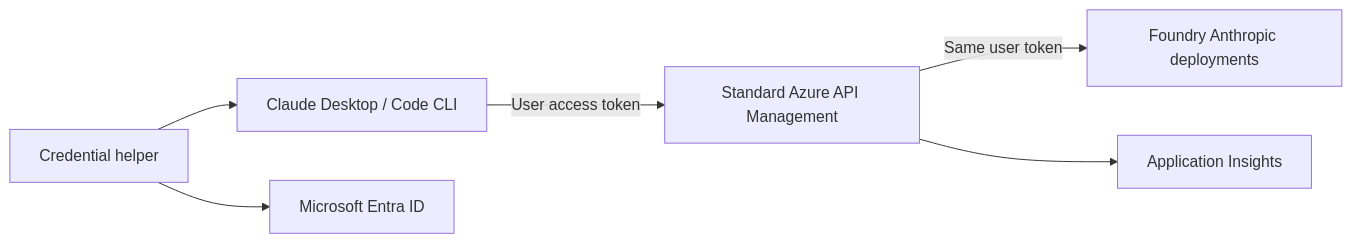
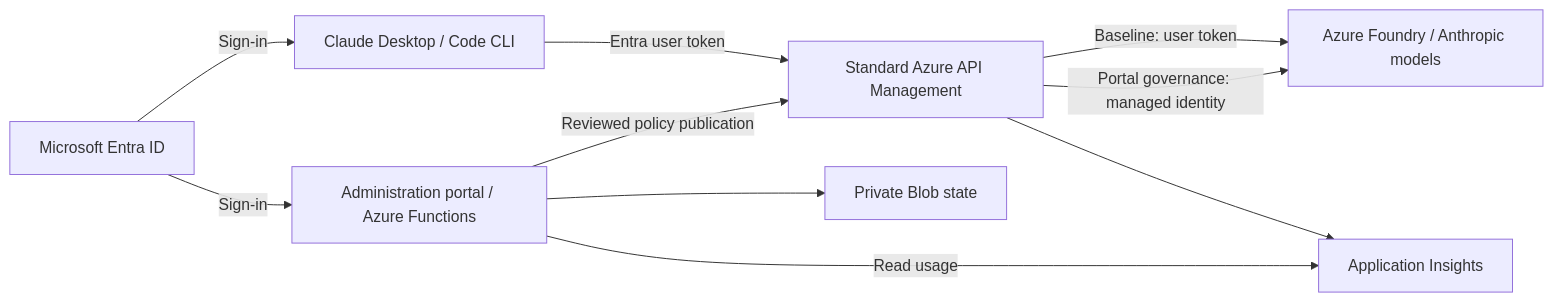
One commit to orsharon7/claude-codex-foundry changed the diagram in README.md. Above: the diagram before and after it, drawn with Mermaid. The commit also changed other lines of this file and 37 other files, not shown here.

````diff
--- a/README.md
+++ b/README.md
@@ -9,8 +77,12 @@
 ```mermaid
 flowchart LR
-  C[Claude Desktop / Code CLI] -->|User access token| A[Standard Azure API Management]
-  A -->|Same user token| F[Foundry Anthropic deployments]
+  U[Claude Desktop / Code CLI] -->|Entra user token| A[Standard Azure API Management]
+  A -->|Baseline: user token| F[Azure Foundry / Anthropic models]
+  A -->|Portal governance: managed identity| F
   A --> I[Application Insights]
-  H[Credential helper] --> E[Microsoft Entra ID]
-  H --> C
+  P[Administration portal / Azure Functions] -->|Reviewed policy publication| A
+  P -->|Read usage| I
+  P --> B[Private Blob state]
+  E[Microsoft Entra ID] -->|Sign-in| U
+  E -->|Sign-in| P
 ```
````
